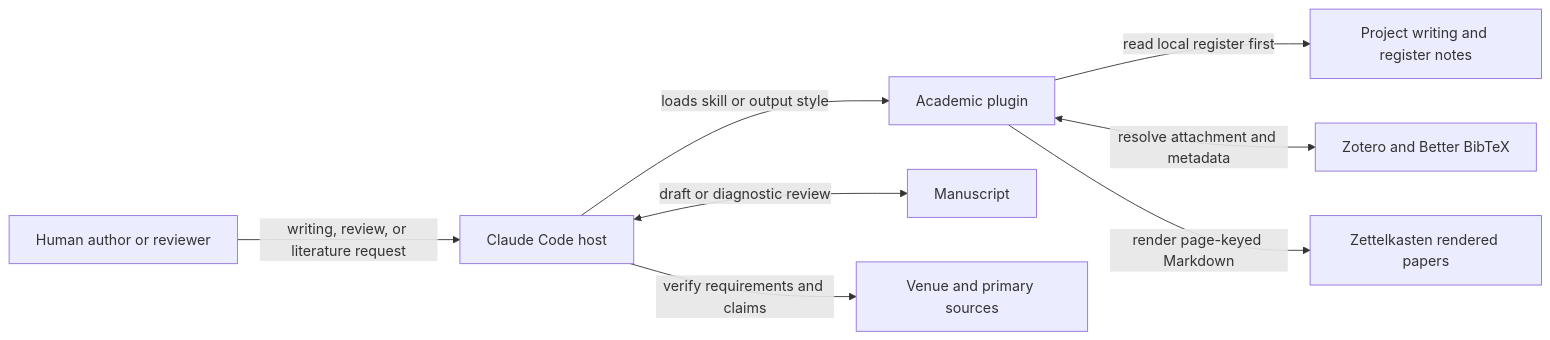
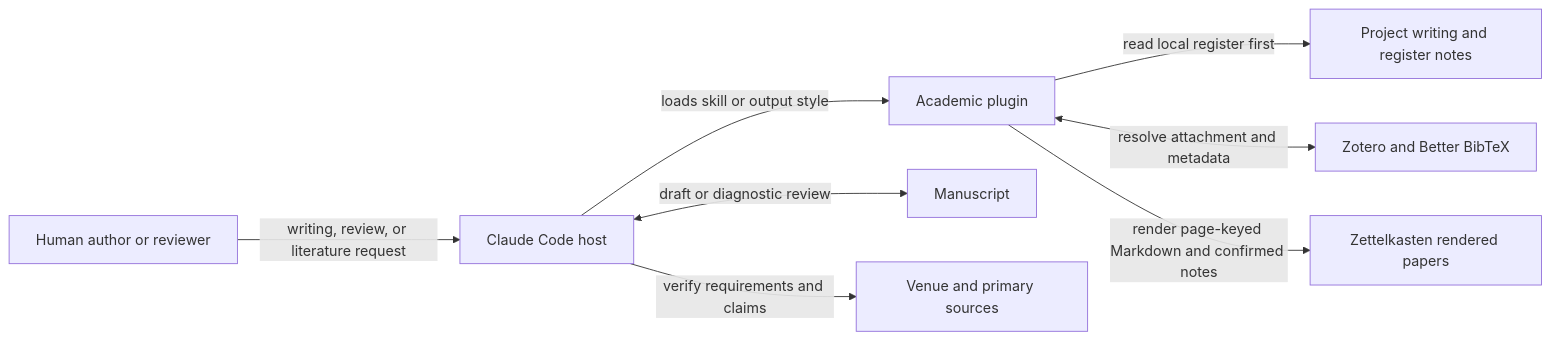
The diagram in docs/architecture/plugins/denubis-academic/0-context.md (Denubis/denubis-plugins), drawn with Mermaid before and after one commit. The commit also changed other lines of this file and 20 other files, not shown here.

````diff
--- a/docs/architecture/plugins/denubis-academic/0-context.md
+++ b/docs/architecture/plugins/denubis-academic/0-context.md
@@ -8,19 +8,19 @@
 ```mermaid
 flowchart LR
     H[Human author or reviewer]
     C[Claude Code host]
     P[Academic plugin]
     N[Project writing and register notes]
     M[Manuscript]
     Z[Zotero and Better BibTeX]
     K[Zettelkasten rendered papers]
     V[Venue and primary sources]
 
     H -->|writing, review, or literature request| C
     C -->|loads skill or output style| P
     P -->|read local register first| N
     C <-->|draft or diagnostic review| M
     P <-->|resolve attachment and metadata| Z
-    P -->|render page-keyed Markdown| K
+    P -->|render page-keyed Markdown and confirmed notes| K
     C -->|verify requirements and claims| V
 ```
````
